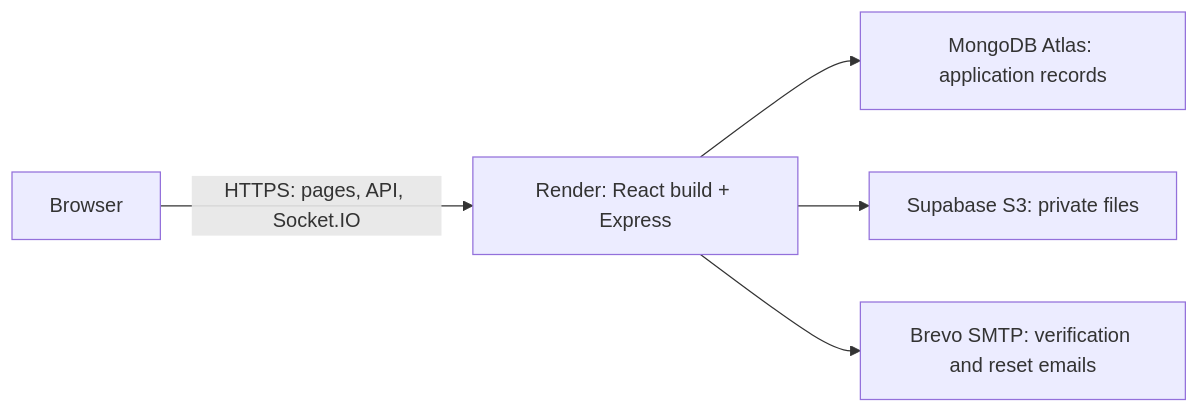
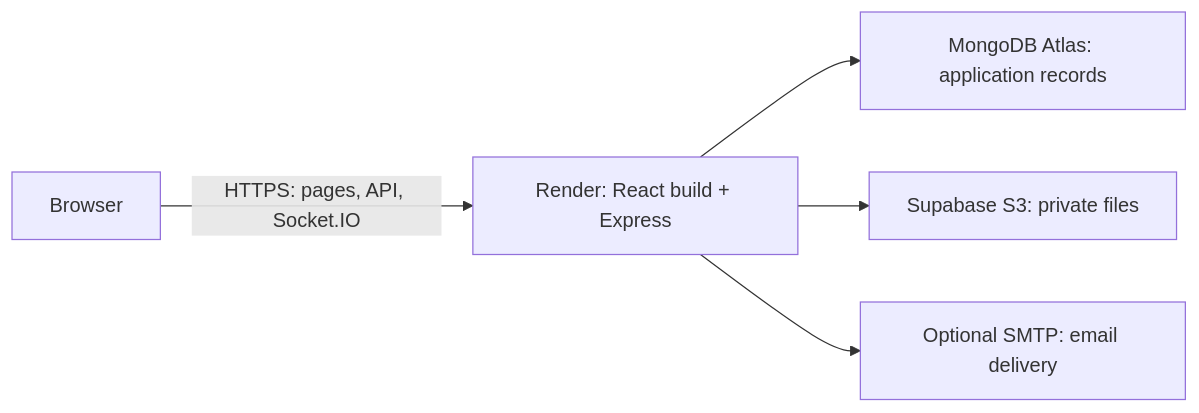
The diagram in FREE_DEPLOYMENT.md (JayaharshM/GreenHuman), drawn with Mermaid before and after one commit. The commit also changed other lines of this file and 20 other files, not shown here.

Commit message:
Make email verification optional and isolate browser tests

````diff
--- a/FREE_DEPLOYMENT.md
+++ b/FREE_DEPLOYMENT.md
@@ -11,7 +11,7 @@
 ```mermaid
 flowchart LR
     Browser[Browser] -->|HTTPS: pages, API, Socket.IO| Render[Render: React build + Express]
     Render --> Atlas[MongoDB Atlas: application records]
     Render --> Storage[Supabase S3: private files]
-    Render --> Email[Brevo SMTP: verification and reset emails]
+    Render --> Email[Optional SMTP: email delivery]
 ```
````
